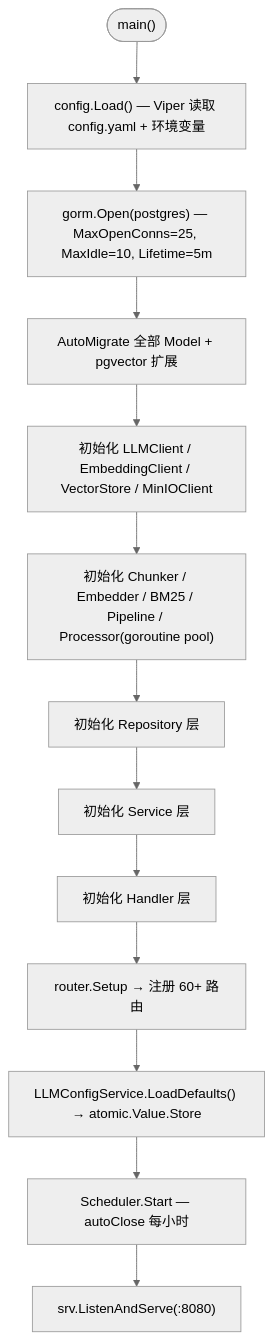
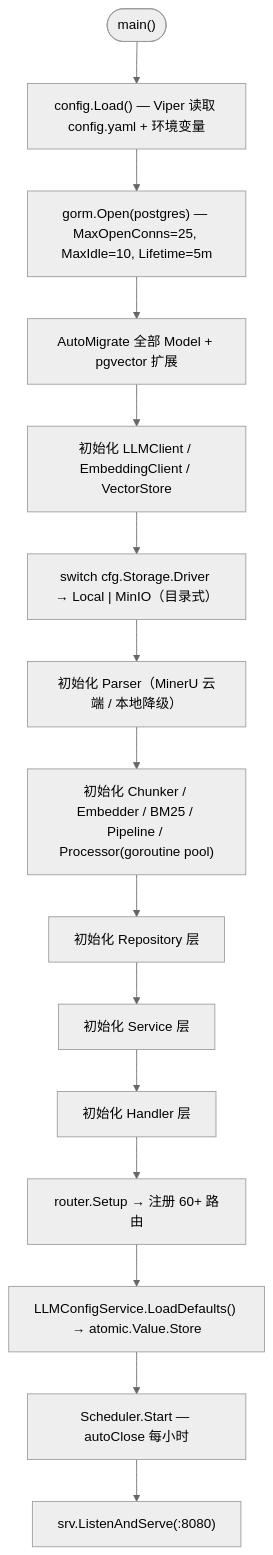
Before and after one commit to int2t05/Cognik: the third of 10 diagrams in docs/TECH.md, drawn with Mermaid (neutral theme). The commit also changed other lines of this file and 27 other files, not shown here.

````diff
--- a/docs/TECH.md
+++ b/docs/TECH.md
@@ -87,15 +87,17 @@
 ```mermaid
 flowchart TB
     Start(["main()"]) --> Cfg["config.Load() — Viper 读取 config.yaml + 环境变量"]
     Cfg --> DB["gorm.Open(postgres) — MaxOpenConns=25, MaxIdle=10, Lifetime=5m"]
     DB --> Migrate["AutoMigrate 全部 Model + pgvector 扩展"]
-    Migrate --> Adapters["初始化 LLMClient / EmbeddingClient / VectorStore / MinIOClient"]
-    Adapters --> RAGInit["初始化 Chunker / Embedder / BM25 / Pipeline / Processor(goroutine pool)"]
+    Migrate --> Adapters["初始化 LLMClient / EmbeddingClient / VectorStore"]
+    Adapters --> Storage["switch cfg.Storage.Driver → Local | MinIO（目录式）"]
+    Storage --> ParserInit["初始化 Parser（MinerU 云端 / 本地降级）"]
+    ParserInit --> RAGInit["初始化 Chunker / Embedder / BM25 / Pipeline / Processor(goroutine pool)"]
     RAGInit --> Repos["初始化 Repository 层"]
     Repos --> Services["初始化 Service 层"]
     Services --> Handlers["初始化 Handler 层"]
     Handlers --> Router["router.Setup → 注册 60+ 路由"]
     Router --> Warmup["LLMConfigService.LoadDefaults() → atomic.Value.Store"]
     Warmup --> Scheduler["Scheduler.Start — autoClose 每小时"]
     Scheduler --> Listen["srv.ListenAndServe(:8080)"]
 ```
````
